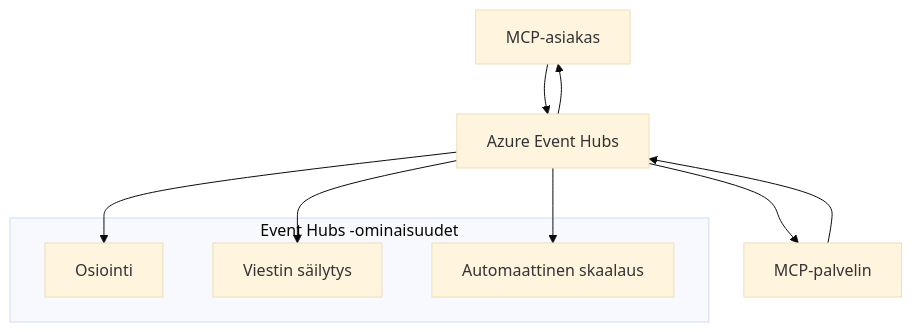
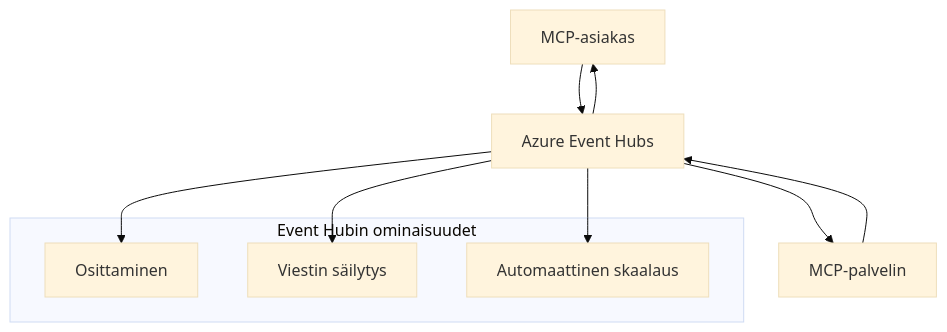
One commit to HIDORAKAI002/ai-workspace-archive changed the second of 2 diagrams in mcp_ecosystem__model_context_protocol/mcp_learning_resources/mcp-for-beginners/translations/fi/05-AdvancedTopics/mcp-transport/README.md. Above: the diagram before and after it, drawn with Mermaid (base theme). The commit also changed other lines of this file and 1539 other files, not shown here.

````diff
--- a/mcp_ecosystem__model_context_protocol/mcp_learning_resources/mcp-for-beginners/translations/fi/05-AdvancedTopics/mcp-transport/README.md
+++ b/mcp_ecosystem__model_context_protocol/mcp_learning_resources/mcp-for-beginners/translations/fi/05-AdvancedTopics/mcp-transport/README.md
@@ -269,17 +270,17 @@
 ```mermaid
 graph TB
     Client[MCP-asiakas] --> EH[Azure Event Hubs]
     EH --> Server[MCP-palvelin]
     Server --> EH
     EH --> Client
     
-    subgraph "Event Hubs -ominaisuudet"
-        Partition[Osiointi]
+    subgraph "Event Hubin ominaisuudet"
+        Partition[Osittaminen]
         Retention[Viestin säilytys]
         Scaling[Automaattinen skaalaus]
     end
     
     EH --> Partition
     EH --> Retention
     EH --> Scaling
 ```
````
